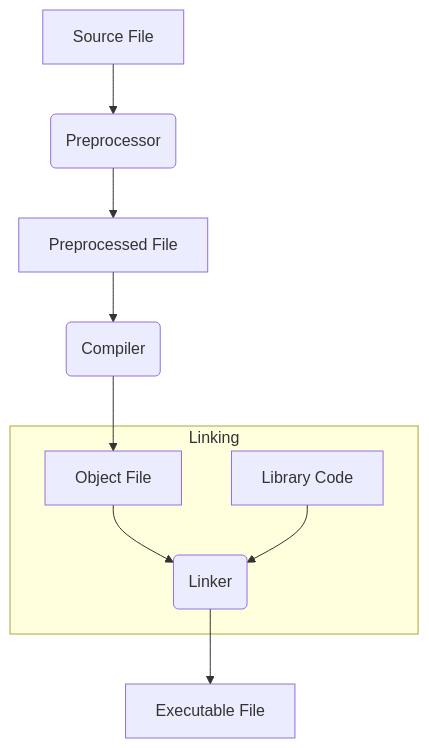
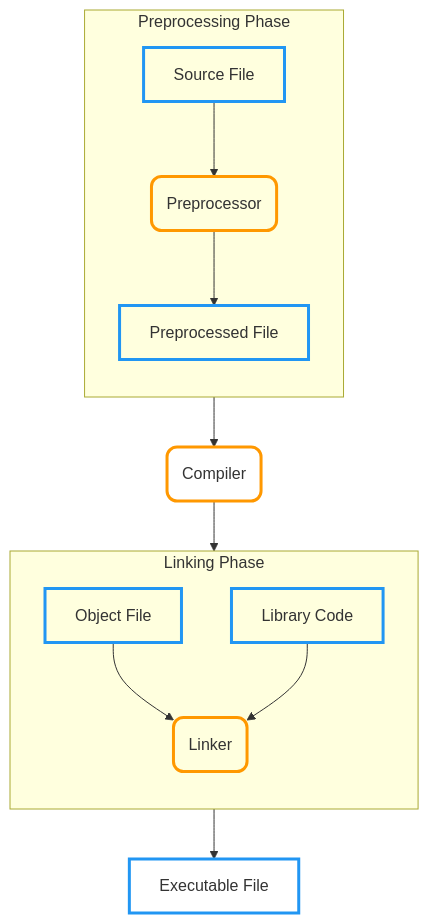
The diagram in docs/wk_eleven.md (gdoyle87/COMP2801), drawn with Mermaid before and after one commit. The commit also changed other lines of this file and 3 other files, not shown here.

````diff
--- a/docs/wk_eleven.md
+++ b/docs/wk_eleven.md
@@ -26,12 +25,24 @@
 ```mermaid
 graph TD
-    A[Source File] --> B(Preprocessor);
-    B --> C[Preprocessed File];
-    C --> D(Compiler);
-    D --> E[Object File];
-    subgraph Linking
-        E --> F(Linker);
-        G[Library Code] --> F;
+    %% Define Styles - Transparent fill, thick colored strokes
+    %% The text color will inherit from your site theme (Light/Dark)
+    classDef file fill:transparent,stroke:#2196F3,stroke-width:3px;
+    classDef process fill:transparent,stroke:#FF9800,stroke-width:3px,rx:10,ry:10;
+
+    subgraph Preprocessing [Preprocessing Phase]
+        direction TB
+        A[Source File]:::file --> B(Preprocessor):::process
+        B --> C[Preprocessed File]:::file
     end
-    F --> H[Executable File];
+
+    C --> D(Compiler):::process
+    D --> E[Object File]:::file
+
+    subgraph Linking [Linking Phase]
+        direction TB
+        E --> F(Linker):::process
+        G[Library Code]:::file --> F
+    end
+
+    F --> H[Executable File]:::file
 ```
````
